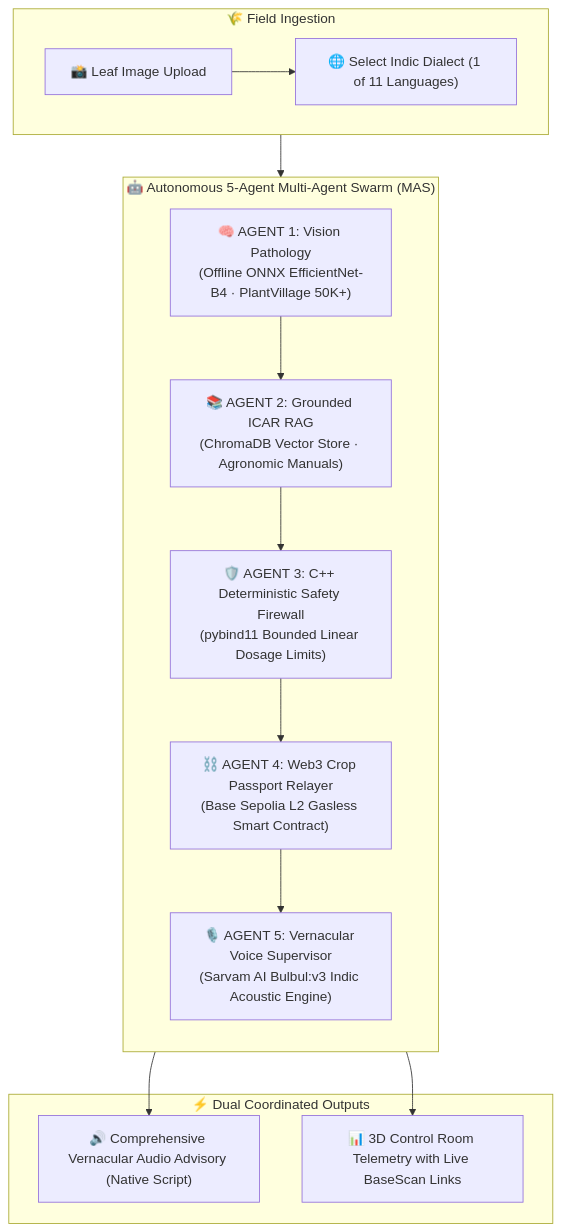
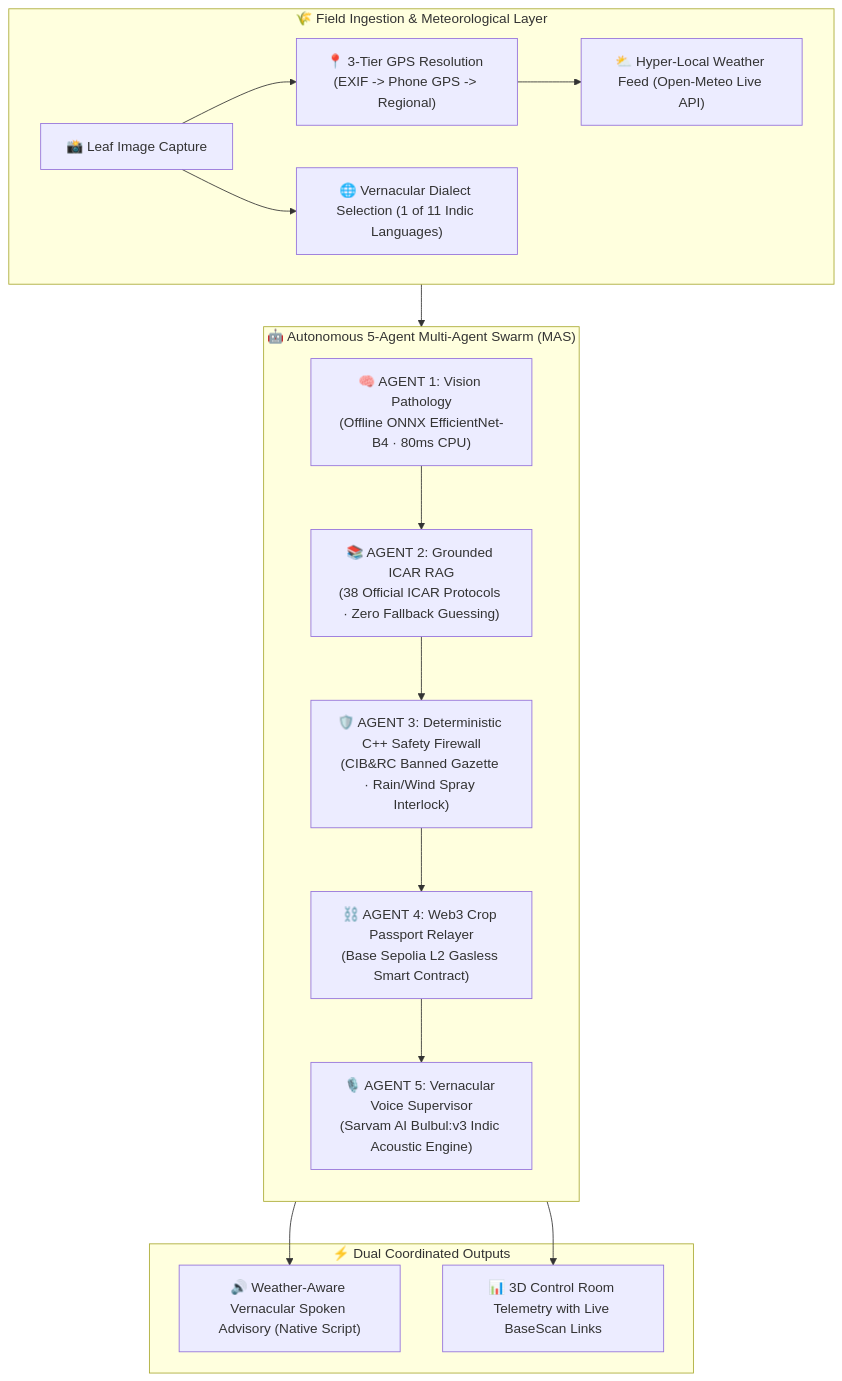
The diagram in README.md (Player1205/AgriNexus), drawn with Mermaid before and after one commit. The commit also changed other lines of this file, not shown here.

Commit message:
docs: overhaul README with live meteorological intelligence, 38-class ICAR RAG database, CIBRC statutory safety, and Edge AI benchmarks

````diff
--- a/README.md
+++ b/README.md
@@ -69,22 +78,24 @@
 ```mermaid
 flowchart TD
-    subgraph IN ["🌾 Field Ingestion"]
-        A["📸 Leaf Image Upload"] --> B["🌐 Select Indic Dialect (1 of 11 Languages)"]
+    subgraph IN ["🌾 Field Ingestion & Meteorological Layer"]
+        A["📸 Leaf Image Capture"] --> B["📍 3-Tier GPS Resolution (EXIF -> Phone GPS -> Regional)"]
+        B --> C["⛅ Hyper-Local Weather Feed (Open-Meteo Live API)"]
+        A --> D["🌐 Vernacular Dialect Selection (1 of 11 Indic Languages)"]
     end
 
     subgraph SWARM ["🤖 Autonomous 5-Agent Multi-Agent Swarm (MAS)"]
         direction TB
-        C["🧠 AGENT 1: Vision Pathology\n(Offline ONNX EfficientNet-B4 · PlantVillage 50K+)"]
-        --> D["📚 AGENT 2: Grounded ICAR RAG\n(ChromaDB Vector Store · Agronomic Manuals)"]
-        --> E["🛡️ AGENT 3: C++ Deterministic Safety Firewall\n(pybind11 Bounded Linear Dosage Limits)"]
-        --> F["⛓️ AGENT 4: Web3 Crop Passport Relayer\n(Base Sepolia L2 Gasless Smart Contract)"]
-        --> G["🎙️ AGENT 5: Vernacular Voice Supervisor\n(Sarvam AI Bulbul:v3 Indic Acoustic Engine)"]
+        E["🧠 AGENT 1: Vision Pathology\n(Offline ONNX EfficientNet-B4 · 80ms CPU)"]
+        --> F["📚 AGENT 2: Grounded ICAR RAG\n(38 Official ICAR Protocols · Zero Fallback Guessing)"]
+        --> G["🛡️ AGENT 3: Deterministic C++ Safety Firewall\n(CIB&RC Banned Gazette · Rain/Wind Spray Interlock)"]
+        --> H["⛓️ AGENT 4: Web3 Crop Passport Relayer\n(Base Sepolia L2 Gasless Smart Contract)"]
+        --> I["🎙️ AGENT 5: Vernacular Voice Supervisor\n(Sarvam AI Bulbul:v3 Indic Acoustic Engine)"]
     end
 
     subgraph OUT ["⚡ Dual Coordinated Outputs"]
-        G --> H["🔊 Comprehensive Vernacular Audio Advisory (Native Script)"]
-        F --> I["📊 3D Control Room Telemetry with Live BaseScan Links"]
+        I --> J["🔊 Weather-Aware Vernacular Spoken Advisory (Native Script)"]
+        H --> K["📊 3D Control Room Telemetry with Live BaseScan Links"]
     end
 
     IN --> SWARM
 ```
````
